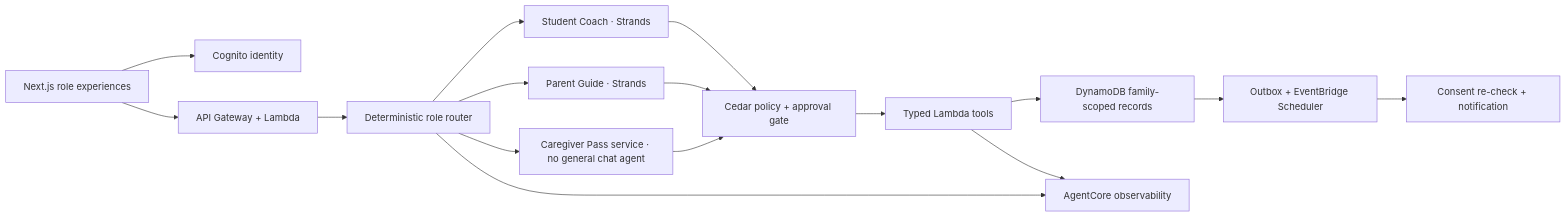
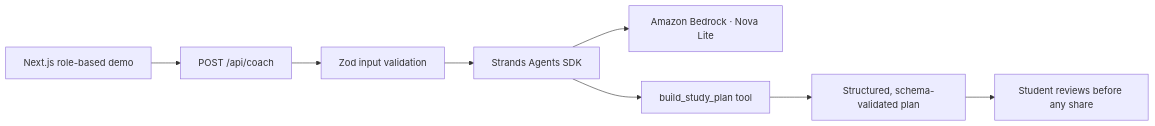
The diagram in docs/ARCHITECTURE.md (Pinegrass/tenderloop), drawn with Mermaid before and after one commit. The commit also changed other lines of this file and 9 other files, not shown here.

Commit message:
feat: refine mobile experience and verified architecture

````diff
--- a/docs/ARCHITECTURE.md
+++ b/docs/ARCHITECTURE.md
@@ -7,18 +7,10 @@
 ```mermaid
 flowchart LR
-  UI["Next.js role experiences"] --> AUTH["Cognito identity"]
-  UI --> API["API Gateway + Lambda"]
-  API --> ROUTER["Deterministic role router"]
-  ROUTER --> STUDENT["Student Coach · Strands"]
-  ROUTER --> PARENT["Parent Guide · Strands"]
-  ROUTER --> CARE["Caregiver Pass service · no general chat agent"]
-  STUDENT --> GATE["Cedar policy + approval gate"]
-  PARENT --> GATE
-  CARE --> GATE
-  GATE --> TOOLS["Typed Lambda tools"]
-  TOOLS --> DB["DynamoDB family-scoped records"]
-  DB --> EVENTS["Outbox + EventBridge Scheduler"]
-  EVENTS --> NOTIFY["Consent re-check + notification"]
-  ROUTER --> OBS["AgentCore observability"]
-  TOOLS --> OBS
+  UI["Next.js role-based demo"] --> API["POST /api/coach"]
+  API --> VALIDATE["Zod input validation"]
+  VALIDATE --> AGENT["Strands Agents SDK"]
+  AGENT --> MODEL["Amazon Bedrock · Nova Lite"]
+  AGENT --> TOOL["build_study_plan tool"]
+  TOOL --> OUTPUT["Structured, schema-validated plan"]
+  OUTPUT --> REVIEW["Student reviews before any share"]
 ```
````
